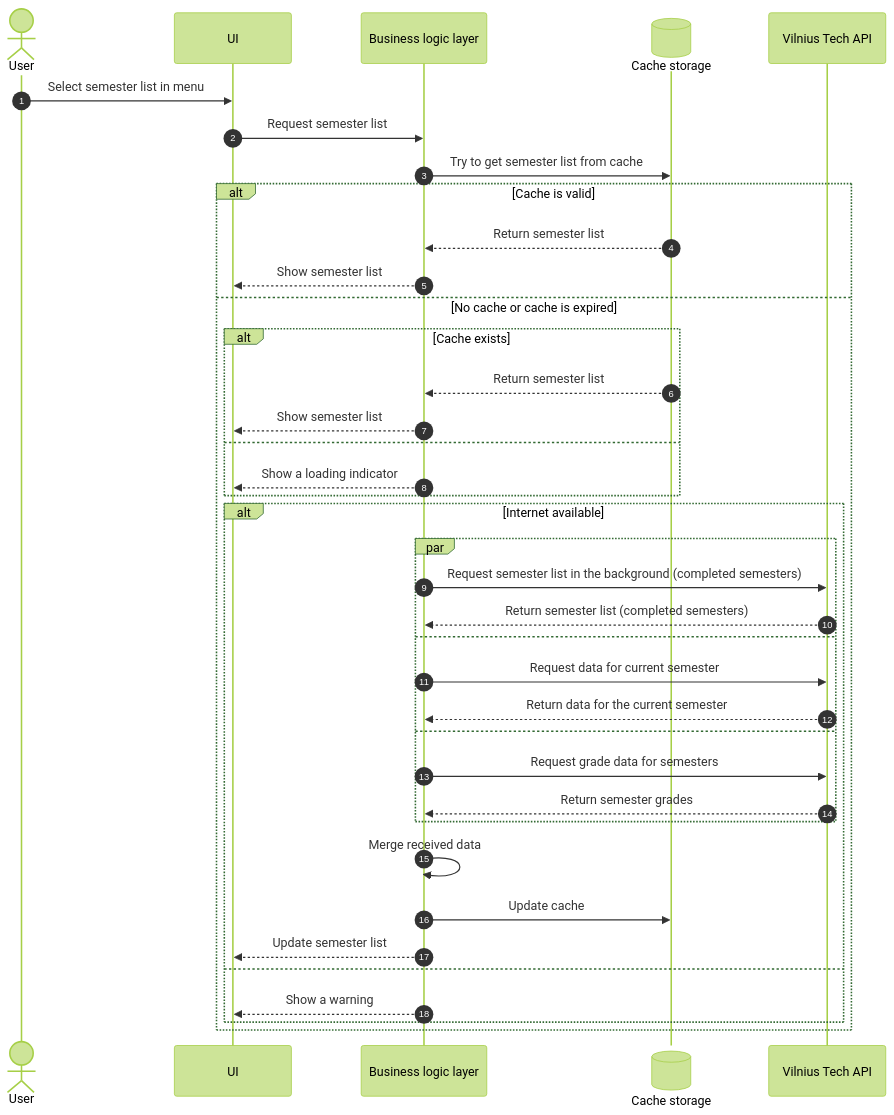
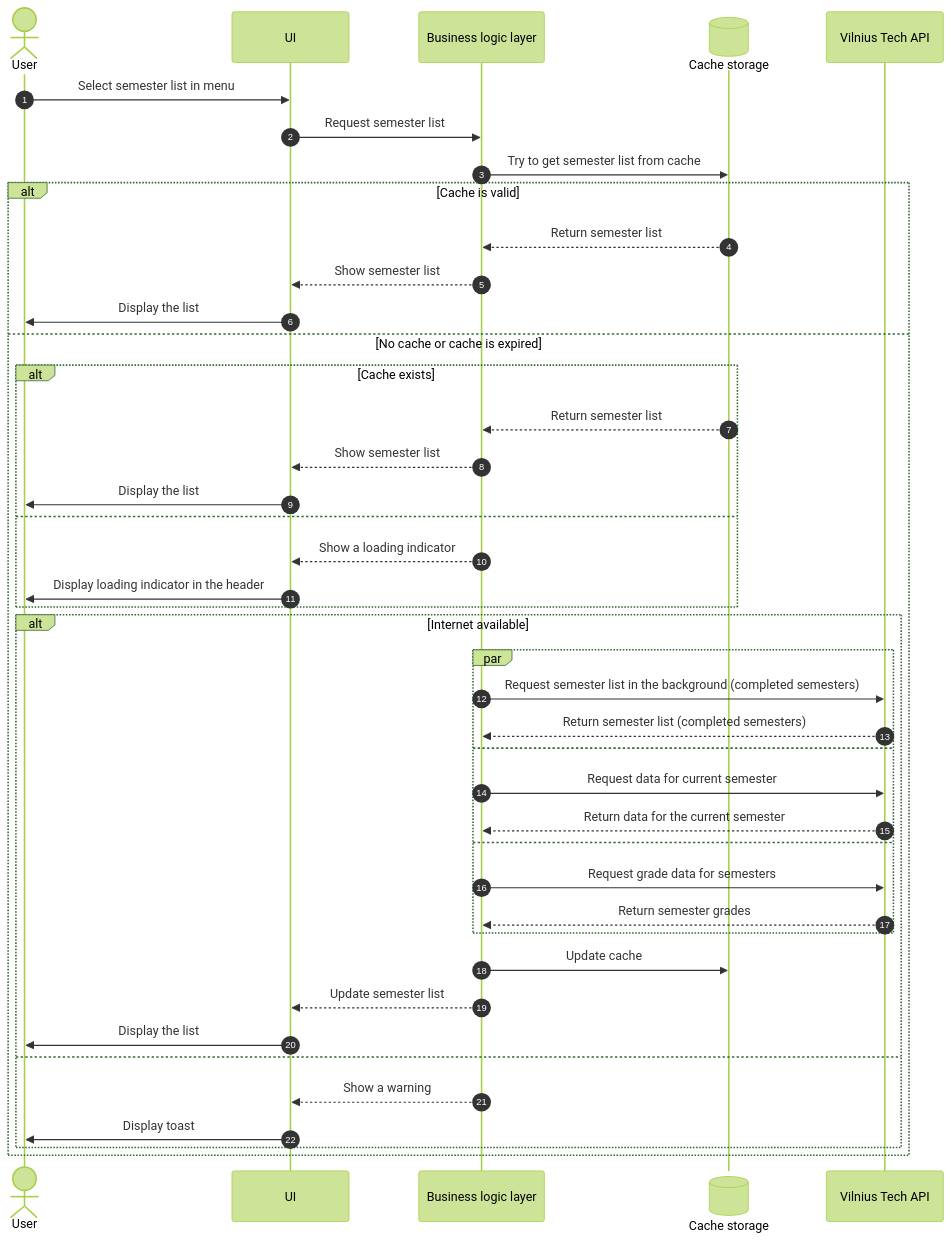
Before and after one commit to dgudim2/obsidian_vault: the diagram in uni/IT Project (Thesis)/flow-diags/get-semester-list-results.mermaid, drawn with Mermaid. The commit also changed 12 other files, not shown here.

```diff
--- a/uni/IT Project (Thesis)/flow-diags/get-semester-list-results.mermaid
+++ b/uni/IT Project (Thesis)/flow-diags/get-semester-list-results.mermaid
@@ -1,43 +1,47 @@
 ---
 config:
   theme: forest
 ---
 sequenceDiagram
     actor User
     participant Ui as UI
     participant SemesterProvider as Business logic layer
     participant CacheStorage@{ "type": "database" } as Cache storage
     participant VilniusTech_API as Vilnius Tech API
     autonumber
     User->>Ui: Select semester list in menu
     Ui->>SemesterProvider: Request semester list
     SemesterProvider->>CacheStorage: Try to get semester list from cache
     alt Cache is valid
         CacheStorage-->>SemesterProvider: Return semester list
         SemesterProvider-->>Ui: Show semester list
+        Ui->>User: Display the list
     else No cache or cache is expired
         alt Cache exists
             CacheStorage-->>SemesterProvider: Return semester list
             SemesterProvider-->>Ui: Show semester list
+            Ui->>User: Display the list
         else
             SemesterProvider-->>Ui: Show a loading indicator
+            Ui->>User: Display loading indicator in the header
         end
 
         alt Internet available
         par
             SemesterProvider->>VilniusTech_API: Request semester list in the background (completed semesters)
             VilniusTech_API-->>SemesterProvider: Return semester list (completed semesters)
         and
             SemesterProvider->>VilniusTech_API: Request data for current semester
             VilniusTech_API-->>SemesterProvider: Return data for the current semester
         and
             SemesterProvider->>VilniusTech_API: Request grade data for semesters
             VilniusTech_API-->>SemesterProvider: Return semester grades
         end
-            SemesterProvider->>SemesterProvider: Merge received data
             SemesterProvider->>CacheStorage: Update cache
             SemesterProvider-->>Ui: Update semester list
+            Ui->>User: Display the list
         else
             SemesterProvider-->>Ui: Show a warning
+            Ui->>User: Display toast
         end
     end
```
